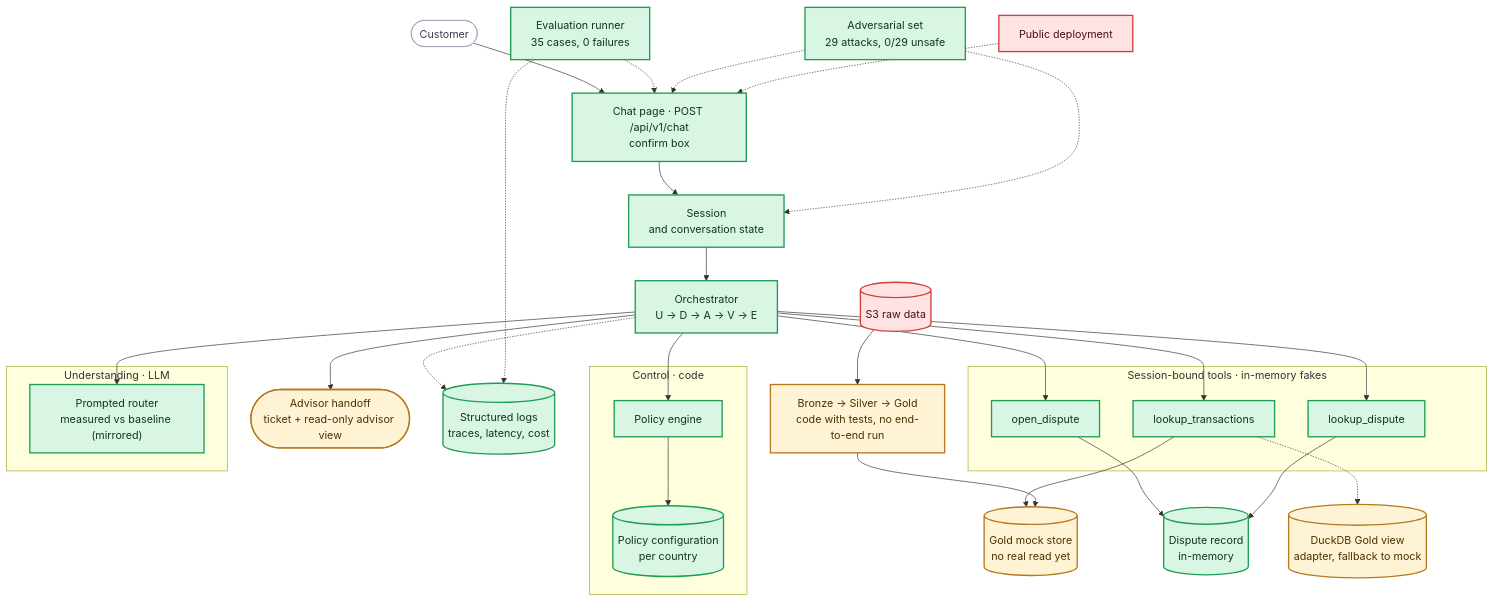
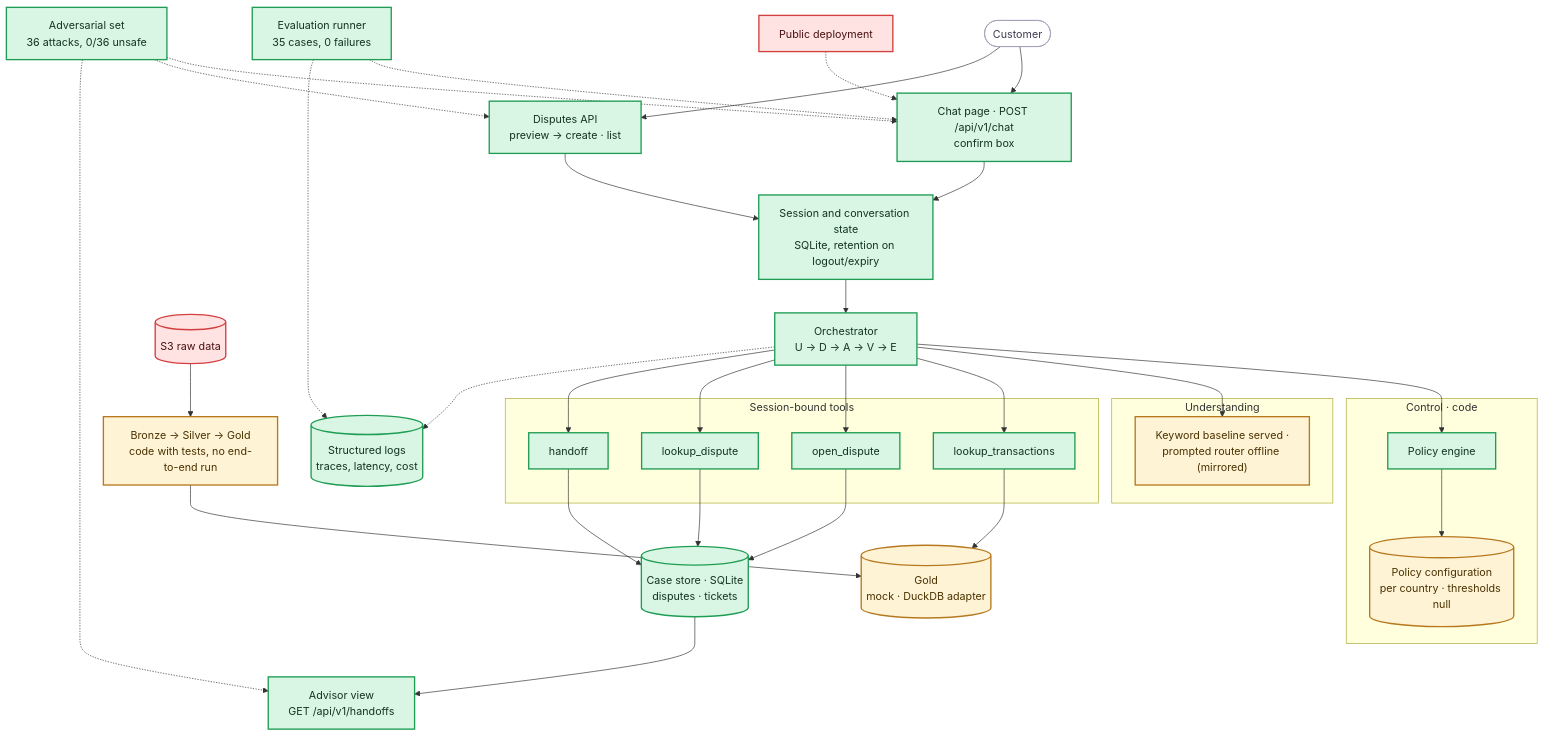
Before and after one commit to rdorta27/factored-hackathon-2026-sentinel-engine: the diagram in team/component-status.md, drawn with Mermaid. The commit also changed other lines of this file and 8 other files, not shown here.

First line of the commit message:
docs: refresh requirement status, architecture, readme and team tasks

````diff
--- a/team/component-status.md
+++ b/team/component-status.md
@@ -7,46 +7,50 @@
 ```mermaid
 flowchart TB
     client(["Customer"]) --> chat["Chat page · POST /api/v1/chat<br/>confirm box"]
-    chat --> session["Session<br/>and conversation state"]
+    client --> dapi["Disputes API<br/>preview → create · list"]
+    chat --> session["Session and conversation state<br/>SQLite, retention on logout/expiry"]
+    dapi --> session
     session --> orch["Orchestrator<br/>U → D → A → V → E"]
 
     subgraph control["Control · code"]
         policy["Policy engine"]
-        config[("Policy configuration<br/>per country")]
+        config[("Policy configuration<br/>per country · thresholds null")]
         policy --> config
     end
-    subgraph toolset["Session-bound tools · in-memory fakes"]
+    subgraph toolset["Session-bound tools"]
         lookup["lookup_transactions"]
         open["open_dispute"]
         verify["lookup_dispute"]
+        handoff["handoff"]
     end
-    subgraph brain["Understanding · LLM"]
-        learned["Prompted router<br/>measured vs baseline (mirrored)"]
+    subgraph brain["Understanding"]
+        learned["Keyword baseline served ·<br/>prompted router offline (mirrored)"]
     end
 
     orch --> policy
     orch --> learned
-    orch --> lookup & open & verify
-    lookup --> goldmock[("Gold mock store<br/>no real read yet")]
-    open --> disputes[("Dispute record<br/>in-memory")]
-    verify --> disputes
-    orch --> handoff(["Advisor handoff<br/>ticket + read-only advisor view"])
+    orch --> lookup & open & verify & handoff
+    lookup --> gold[("Gold<br/>mock · DuckDB adapter")]
+    open --> cases[("Case store · SQLite<br/>disputes · tickets")]
+    verify --> cases
+    handoff --> cases
+    cases --> aview["Advisor view<br/>GET /api/v1/handoffs"]
     orch -.-> logs[("Structured logs<br/>traces, latency, cost")]
     evalr["Evaluation runner<br/>35 cases, 0 failures"] -.-> chat
     evalr -.-> logs
-    tests["Adversarial set<br/>29 attacks, 0/29 unsafe"] -.-> chat
-    tests -.-> session
+    tests["Adversarial set<br/>36 attacks, 0/36 unsafe"] -.-> chat
+    tests -.-> dapi
+    tests -.-> aview
     s3[("S3 raw data")] --> pipeline["Bronze → Silver → Gold<br/>code with tests, no end-to-end run"]
-    pipeline --> goldmock
-    lookup -.-> prodgold[("DuckDB Gold view<br/>adapter, fallback to mock")]
+    pipeline --> gold
     deploy["Public deployment"] -.-> chat
 
     classDef done fill:#d9f5e3,stroke:#1f9d55,stroke-width:2px,color:#12351f
     classDef partial fill:#fff3d6,stroke:#b7791f,stroke-width:2px,color:#4a3200
     classDef missing fill:#ffe3e3,stroke:#d33f3f,stroke-width:2px,color:#4a1111
     classDef ext fill:#ffffff,stroke:#a09cb5,stroke-width:1px,color:#3d3a4f
-    class chat,session,orch,policy,config,lookup,open,verify,disputes,logs,tests,learned,evalr done
-    class goldmock,handoff,pipeline,prodgold partial
+    class chat,dapi,session,orch,policy,lookup,open,verify,handoff,cases,aview,logs,evalr,tests done
+    class config,learned,gold,pipeline partial
     class deploy,s3 missing
     class client ext
 ```
````
